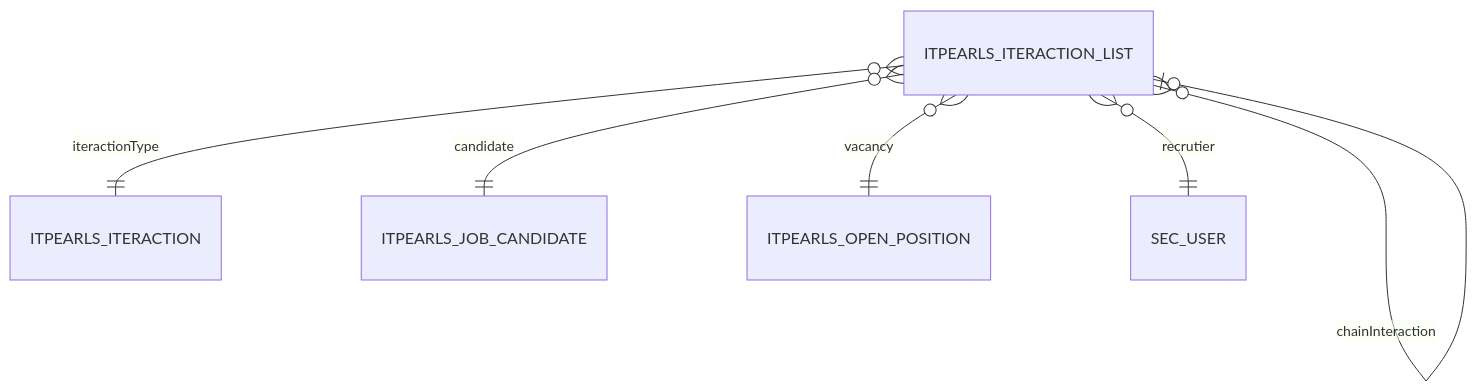
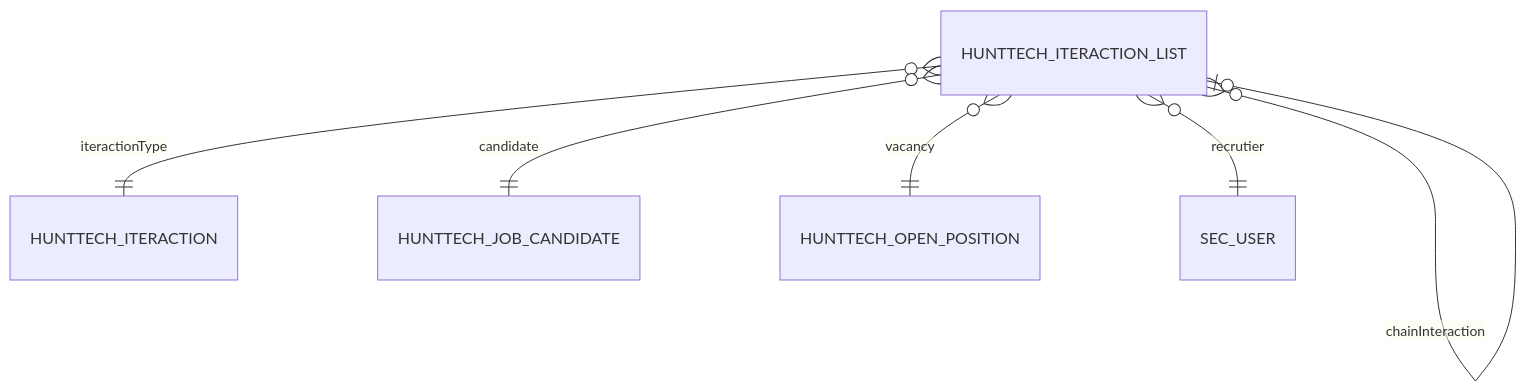
One commit to aananyev/it-pearls-recruiting changed the diagram in docs/entities/IteractionList.md. Above: the diagram before and after it, drawn with Mermaid. The commit also changed other lines of this file and 2450 other files, not shown here.

````diff
--- a/docs/entities/IteractionList.md
+++ b/docs/entities/IteractionList.md
@@ -51,8 +51,8 @@
 ```mermaid
 erDiagram
-    ITPEARLS_ITERACTION_LIST }o--|| ITPEARLS_ITERACTION : "iteractionType"
-    ITPEARLS_ITERACTION_LIST }o--|| ITPEARLS_JOB_CANDIDATE : "candidate"
-    ITPEARLS_ITERACTION_LIST }o--|| ITPEARLS_OPEN_POSITION : "vacancy"
-    ITPEARLS_ITERACTION_LIST }o--|| SEC_USER : "recrutier"
-    ITPEARLS_ITERACTION_LIST }o--o| ITPEARLS_ITERACTION_LIST : "chainInteraction"
+    HUNTTECH_ITERACTION_LIST }o--|| HUNTTECH_ITERACTION : "iteractionType"
+    HUNTTECH_ITERACTION_LIST }o--|| HUNTTECH_JOB_CANDIDATE : "candidate"
+    HUNTTECH_ITERACTION_LIST }o--|| HUNTTECH_OPEN_POSITION : "vacancy"
+    HUNTTECH_ITERACTION_LIST }o--|| SEC_USER : "recrutier"
+    HUNTTECH_ITERACTION_LIST }o--o| HUNTTECH_ITERACTION_LIST : "chainInteraction"
 ```
````
